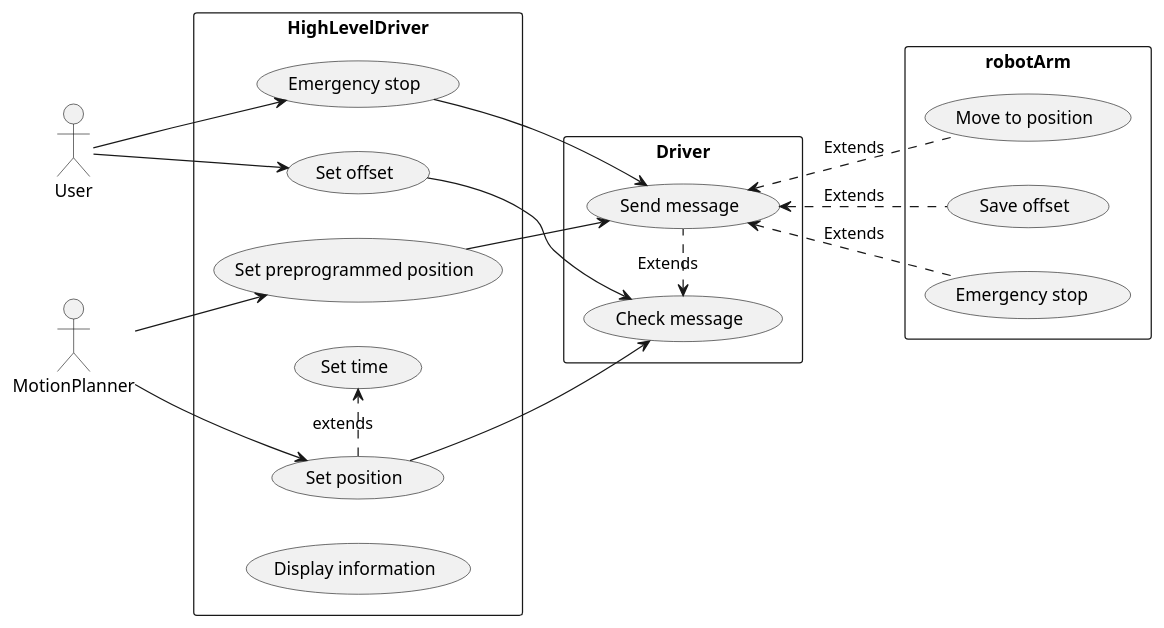
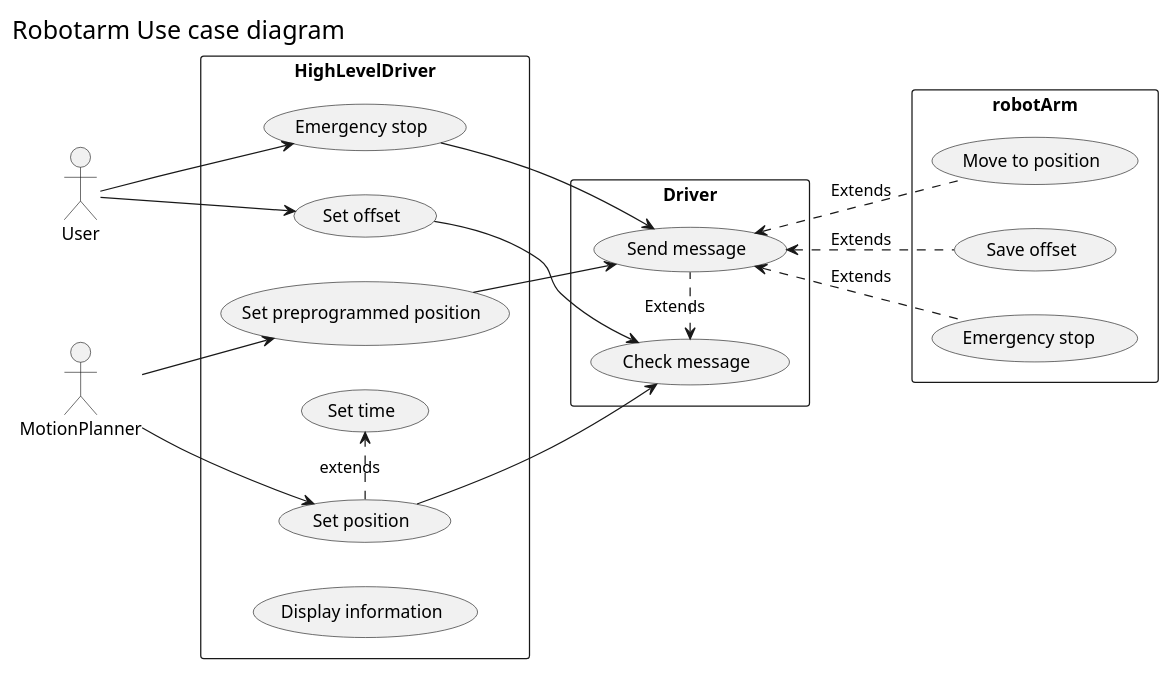
Before and after one commit to JochemGrootherder1/WorWorld: the diagram in documentation/usecaseDiagramSubsystems.plantuml, drawn with PlantUML. The commit also changed 2 other files, not shown here.

```diff
--- a/documentation/usecaseDiagramSubsystems.plantuml
+++ b/documentation/usecaseDiagramSubsystems.plantuml
@@ -1,39 +1,42 @@
-@startuml
+@startuml useCaseDiagram
+left header
+<font size=20 color=black>Robotarm Use case diagram </font>
+endheader
 left to right direction
 
 Actor User
 Actor MotionPlanner
 
 rectangle Driver{
     (Check message) <. (Send message) : Extends
 }
 
 rectangle HighLevelDriver{
     (Set position) .> (Set time) : extends
     (Set preprogrammed position)
     (Emergency stop)
     (Set offset)
     (Display information)
 }
 
 rectangle robotArm{
     (Move to position)
     (Save offset)
     (Emergency stop )
 }
 
 User --> (Set offset)
 User --> (Emergency stop)
 MotionPlanner --> (Set preprogrammed position)
 MotionPlanner --> (Set position)
 
 
 (Emergency stop) --> (Send message)
 (Set position) --> (Check message)
 (Set preprogrammed position) --> (Send message)
 (Set offset) --> (Check message)
 
 (Send message) <.. (Move to position) : Extends
 (Send message) <.. (Save offset) : Extends
 (Send message) <.. (Emergency stop ) : Extends
 @enduml
```
